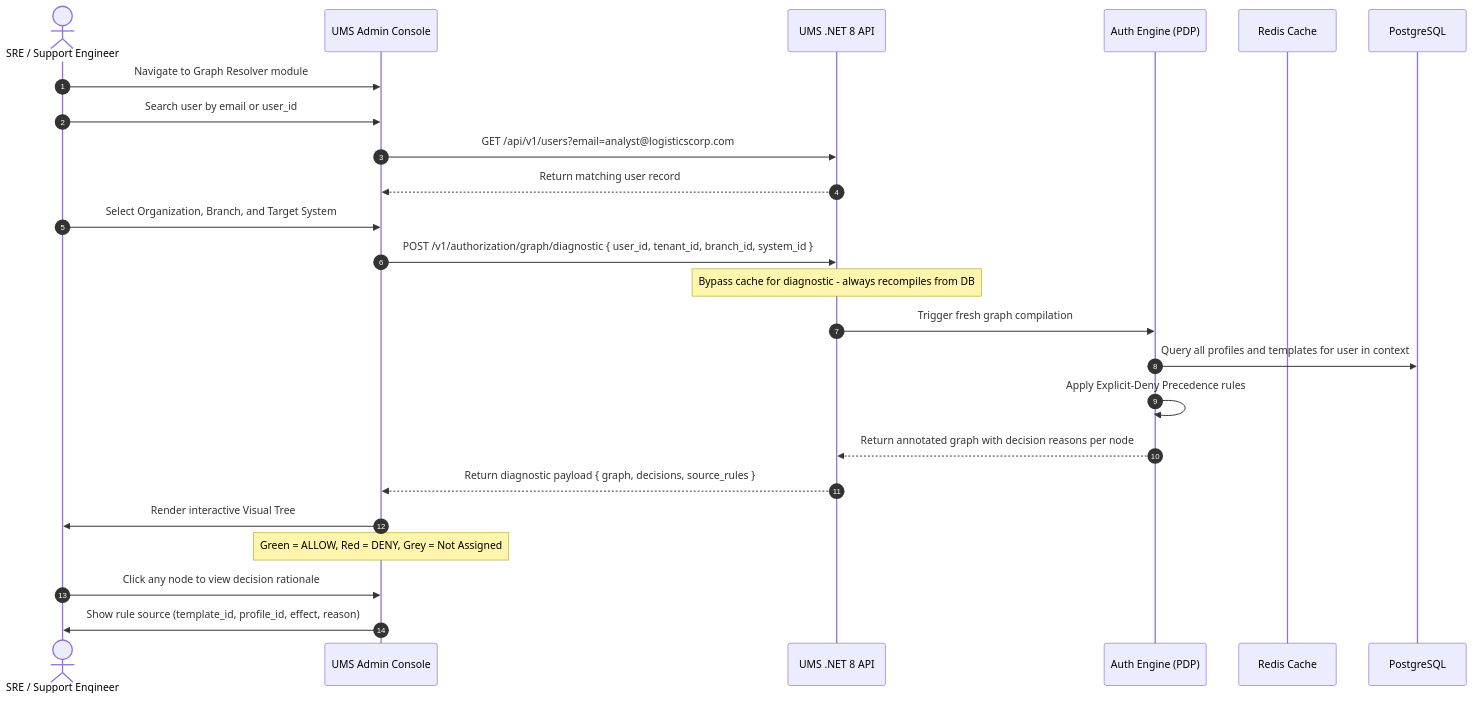
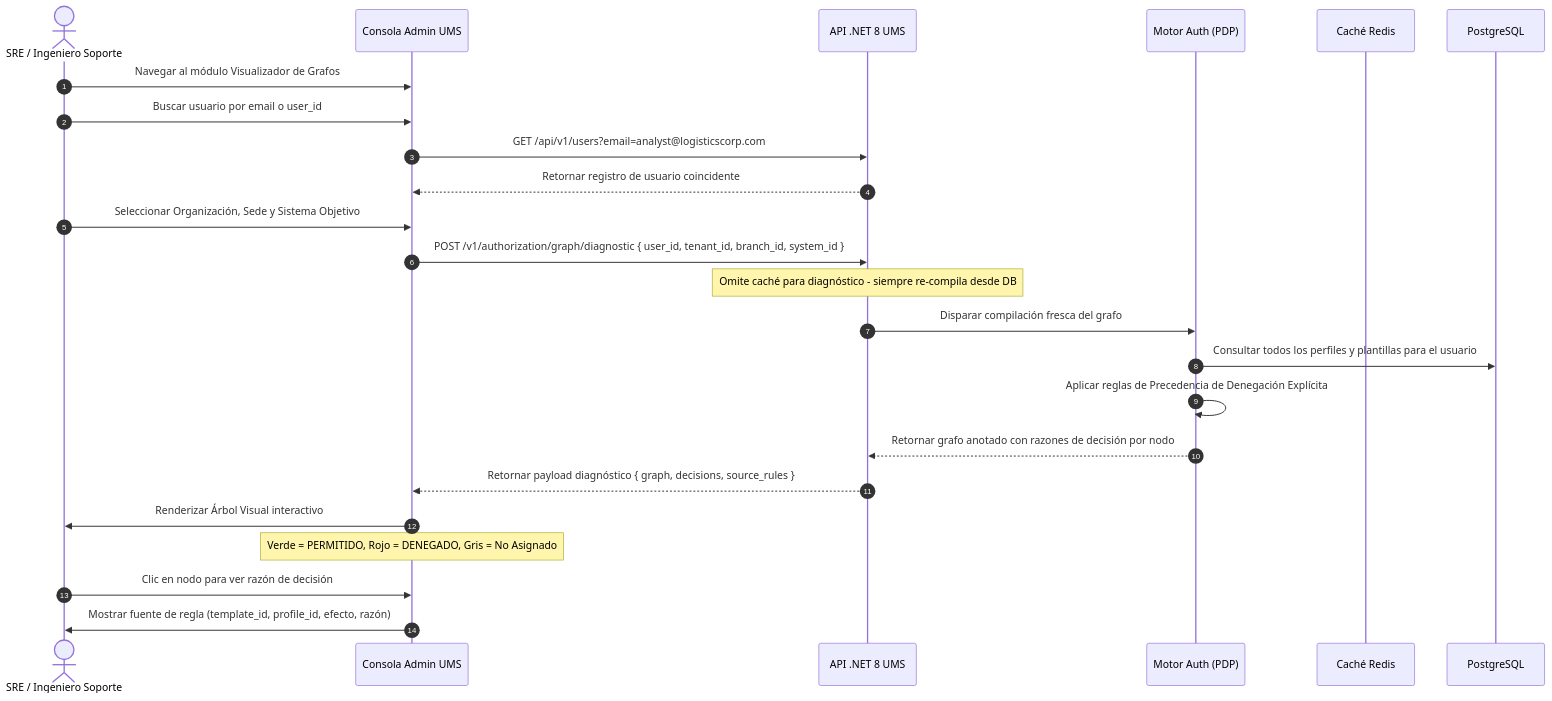
Before and after one commit to beyondnetcode/ums: the diagram in src/ums-workspace/docs/es/01-requirements/usecases/uc-08-visual-graph-resolver.md, drawn with Mermaid. The commit also changed other lines of this file and 6 other files, not shown here.

Commit message:
docs: complete semantic translation of UC-05 to UC-11, unifying language and diagram nodes to Spanish

````diff
--- a/src/ums-workspace/docs/es/01-requirements/usecases/uc-08-visual-graph-resolver.md
+++ b/src/ums-workspace/docs/es/01-requirements/usecases/uc-08-visual-graph-resolver.md
@@ -22,27 +20,27 @@
 ```mermaid
 sequenceDiagram
     autonumber
-    actor SRE as SRE / Support Engineer
-    participant Console as UMS Admin Console
-    participant API as UMS .NET 8 API
-    participant Engine as Auth Engine (PDP)
-    participant Cache as Redis Cache
+    actor SRE as SRE / Ingeniero Soporte
+    participant Console as Consola Admin UMS
+    participant API as API .NET 8 UMS
+    participant Engine as Motor Auth (PDP)
+    participant Cache as Caché Redis
     participant DB as PostgreSQL
 
-    SRE->>Console: Navigate to Graph Resolver module
-    SRE->>Console: Search user by email or user_id
+    SRE->>Console: Navegar al módulo Visualizador de Grafos
+    SRE->>Console: Buscar usuario por email o user_id
     Console->>API: GET /api/v1/users?email=analyst@logisticscorp.com
-    API-->>Console: Return matching user record
-    SRE->>Console: Select Organization, Branch, and Target System
+    API-->>Console: Retornar registro de usuario coincidente
+    SRE->>Console: Seleccionar Organización, Sede y Sistema Objetivo
     Console->>API: POST /v1/authorization/graph/diagnostic { user_id, tenant_id, branch_id, system_id }
-    Note over API: Bypass cache for diagnostic - always recompiles from DB
-    API->>Engine: Trigger fresh graph compilation
-    Engine->>DB: Query all profiles and templates for user in context
-    Engine->>Engine: Apply Explicit-Deny Precedence rules
-    Engine-->>API: Return annotated graph with decision reasons per node
-    API-->>Console: Return diagnostic payload { graph, decisions, source_rules }
-    Console->>SRE: Render interactive Visual Tree
-    Note over Console: Green = ALLOW, Red = DENY, Grey = Not Assigned
-    SRE->>Console: Click any node to view decision rationale
-    Console->>SRE: Show rule source (template_id, profile_id, effect, reason)
+    Note over API: Omite caché para diagnóstico - siempre re-compila desde DB
+    API->>Engine: Disparar compilación fresca del grafo
+    Engine->>DB: Consultar todos los perfiles y plantillas para el usuario
+    Engine->>Engine: Aplicar reglas de Precedencia de Denegación Explícita
+    Engine-->>API: Retornar grafo anotado con razones de decisión por nodo
+    API-->>Console: Retornar payload diagnóstico { graph, decisions, source_rules }
+    Console->>SRE: Renderizar Árbol Visual interactivo
+    Note over Console: Verde = PERMITIDO, Rojo = DENEGADO, Gris = No Asignado
+    SRE->>Console: Clic en nodo para ver razón de decisión
+    Console->>SRE: Mostrar fuente de regla (template_id, profile_id, efecto, razón)
 ```
````
